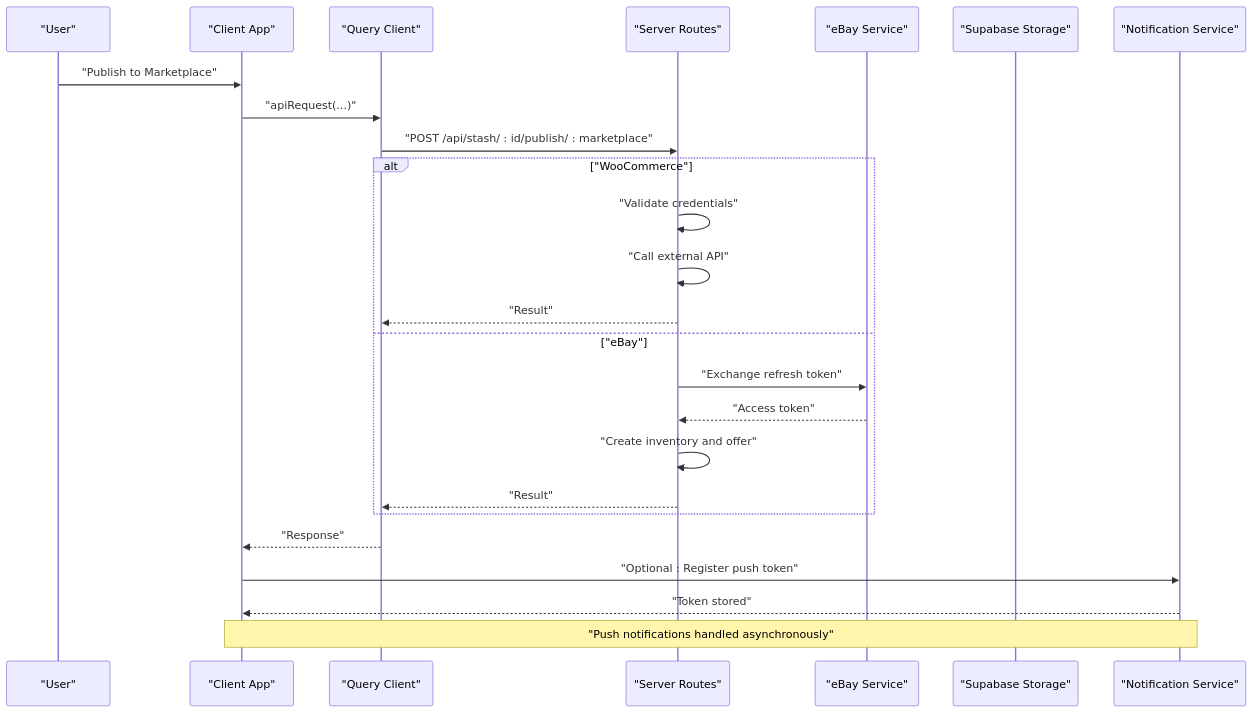
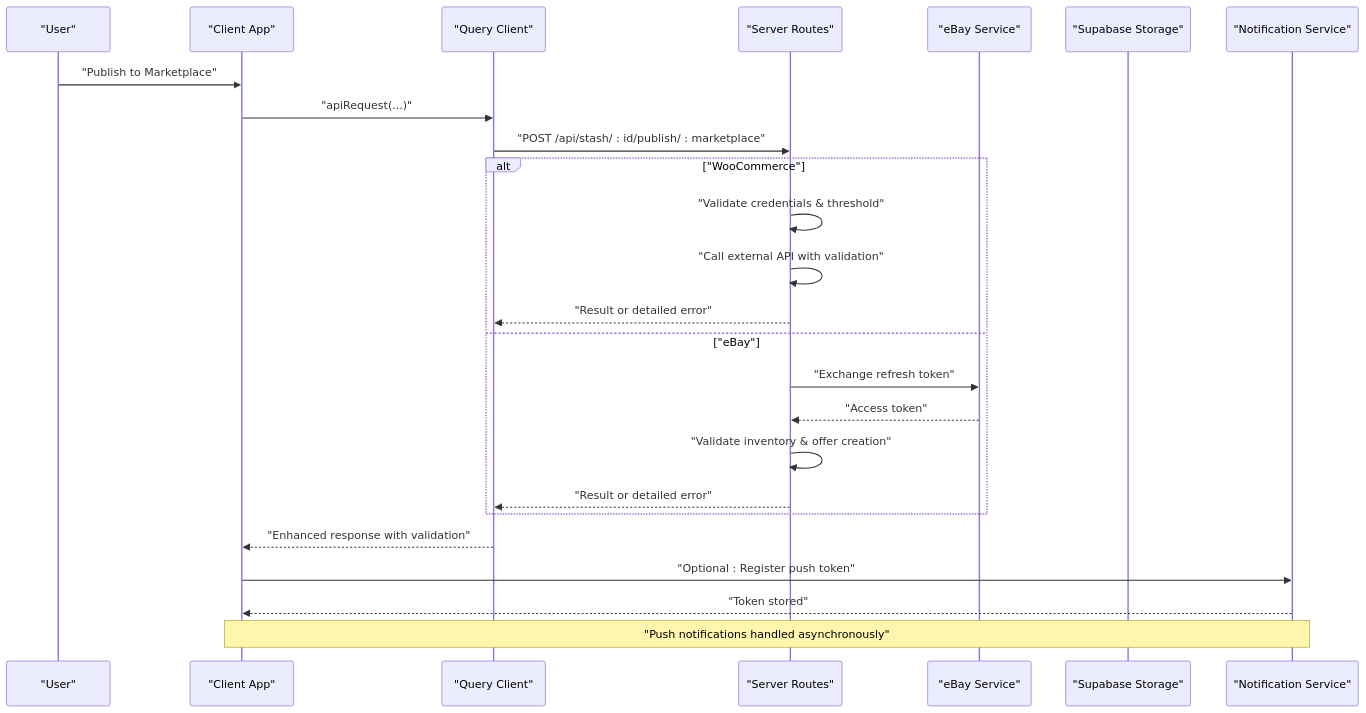
The second of 7 diagrams in .qoder/repowiki/en/content/Architecture Overview/Integration Patterns.md (hunglevi87/Hidden-Gem), drawn with Mermaid before and after one commit. The commit also changed other lines of this file and 14 other files, not shown here.

````diff
--- a/.qoder/repowiki/en/content/Architecture Overview/Integration Patterns.md
+++ b/.qoder/repowiki/en/content/Architecture Overview/Integration Patterns.md
@@ -118,27 +126,27 @@
 ```mermaid
 sequenceDiagram
 participant U as "User"
 participant C as "Client App"
 participant Q as "Query Client"
 participant R as "Server Routes"
 participant E as "eBay Service"
 participant S as "Supabase Storage"
 participant N as "Notification Service"
 U->>C : "Publish to Marketplace"
 C->>Q : "apiRequest(...)"
 Q->>R : "POST /api/stash/ : id/publish/ : marketplace"
 alt "WooCommerce"
-R->>R : "Validate credentials"
-R->>R : "Call external API"
-R-->>Q : "Result"
+R->>R : "Validate credentials & threshold"
+R->>R : "Call external API with validation"
+R-->>Q : "Result or detailed error"
 else "eBay"
 R->>E : "Exchange refresh token"
 E-->>R : "Access token"
-R->>R : "Create inventory and offer"
-R-->>Q : "Result"
+R->>R : "Validate inventory & offer creation"
+R-->>Q : "Result or detailed error"
 end
-Q-->>C : "Response"
+Q-->>C : "Enhanced response with validation"
 C->>N : "Optional : Register push token"
 N-->>C : "Token stored"
 Note over C,N : "Push notifications handled asynchronously"
 ```
````
